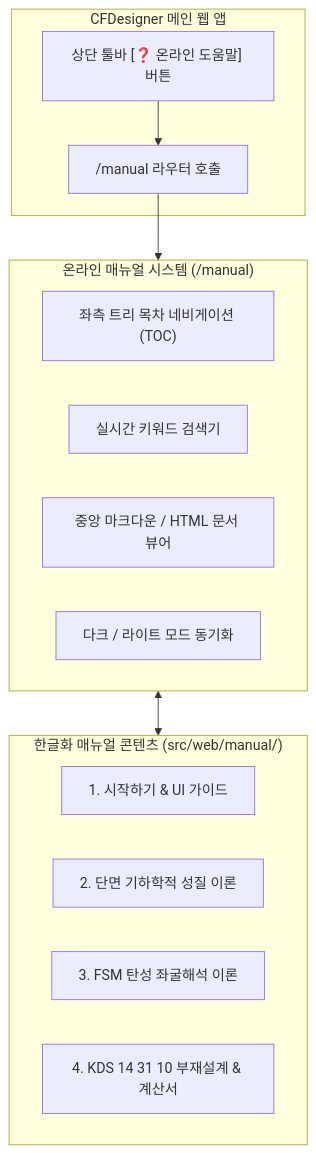
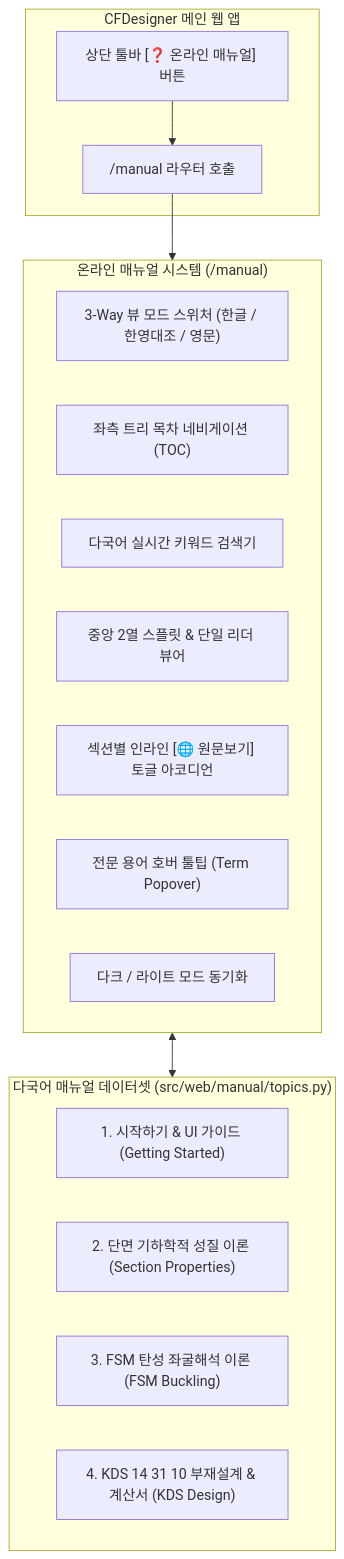
The diagram in docs/08_online_help_manual_specification.md (zlkiki/CFDesigner), drawn with Mermaid before and after one commit. The commit also changed other lines of this file and 2 other files, not shown here.

Commit message:
docs: finalize requirement 03 documentation and update bilingual help manual specifications

````diff
--- a/docs/08_online_help_manual_specification.md
+++ b/docs/08_online_help_manual_specification.md
@@ -15,23 +15,26 @@
 ```mermaid
 graph TD
     subgraph Web_App ["CFDesigner 메인 웹 앱"]
-        HelpBtn["상단 툴바 [❓ 온라인 도움말] 버튼"] --> ManualRoute["/manual 라우터 호출"]
+        HelpBtn["상단 툴바 [❓ 온라인 매뉴얼] 버튼"] --> ManualRoute["/manual 라우터 호출"]
     end
 
     subgraph Manual_System ["온라인 매뉴얼 시스템 (/manual)"]
+        ViewMode["3-Way 뷰 모드 스위처 (한글 / 한영대조 / 영문)"]
         SidebarTOC["좌측 트리 목차 네비게이션 (TOC)"]
-        SearchBox["실시간 키워드 검색기"]
-        ContentPane["중앙 마크다운 / HTML 문서 뷰어"]
+        SearchBox["다국어 실시간 키워드 검색기"]
+        ContentPane["중앙 2열 스플릿 & 단일 리더 뷰어"]
+        InlineToggle["섹션별 인라인 [🌐 원문보기] 토글 아코디언"]
+        Tooltips["전문 용어 호버 툴팁 (Term Popover)"]
         ThemeToggle["다크 / 라이트 모드 동기화"]
     end
 
-    subgraph Content_DB ["한글화 매뉴얼 콘텐츠 (src/web/manual/)"]
-        Cat1["1. 시작하기 & UI 가이드"]
-        Cat2["2. 단면 기하학적 성질 이론"]
-        Cat3["3. FSM 탄성 좌굴해석 이론"]
-        Cat4["4. KDS 14 31 10 부재설계 & 계산서"]
+    subgraph Content_DB ["다국어 매뉴얼 데이터셋 (src/web/manual/topics.py)"]
+        Cat1["1. 시작하기 & UI 가이드 (Getting Started)"]
+        Cat2["2. 단면 기하학적 성질 이론 (Section Properties)"]
+        Cat3["3. FSM 탄성 좌굴해석 이론 (FSM Buckling)"]
+        Cat4["4. KDS 14 31 10 부재설계 & 계산서 (KDS Design)"]
     end
 
     ManualRoute --> Manual_System
     Manual_System <--> Content_DB
 ```
````
